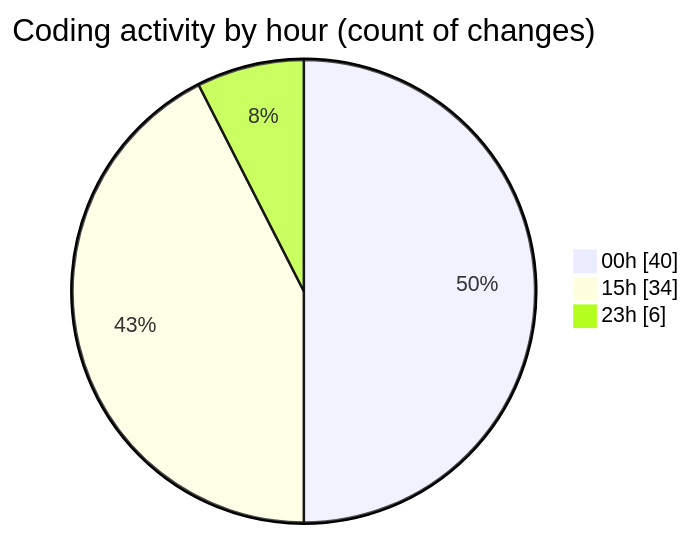
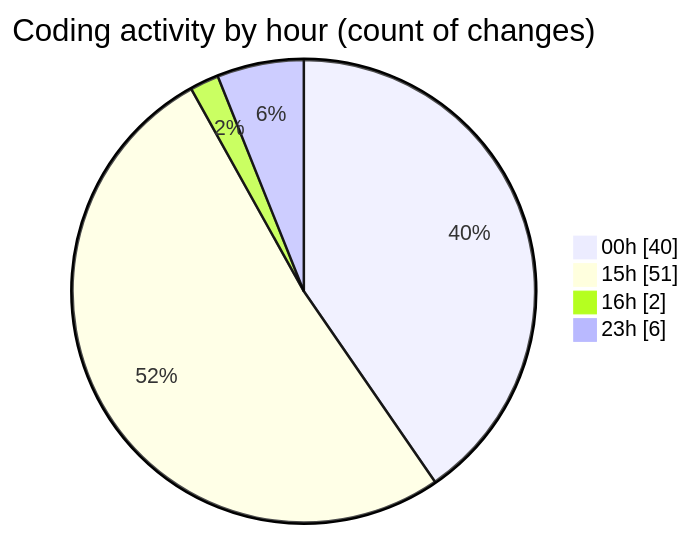
One commit to Netris89/code-tracking changed the second of 2 diagrams in 2025-05-03/date/README.md. Above: the diagram before and after it, drawn with Mermaid. The commit also changed other lines of this file and 1 other file, not shown here.

````diff
--- a/2025-05-03/date/README.md
+++ b/2025-05-03/date/README.md
@@ -37,7 +39,8 @@
 ```mermaid
 pie showData
 title Coding activity by hour (count of changes)
 "00h" : 40
-"15h" : 34
+"15h" : 51
+"16h" : 2
 "23h" : 6
 ```
````
